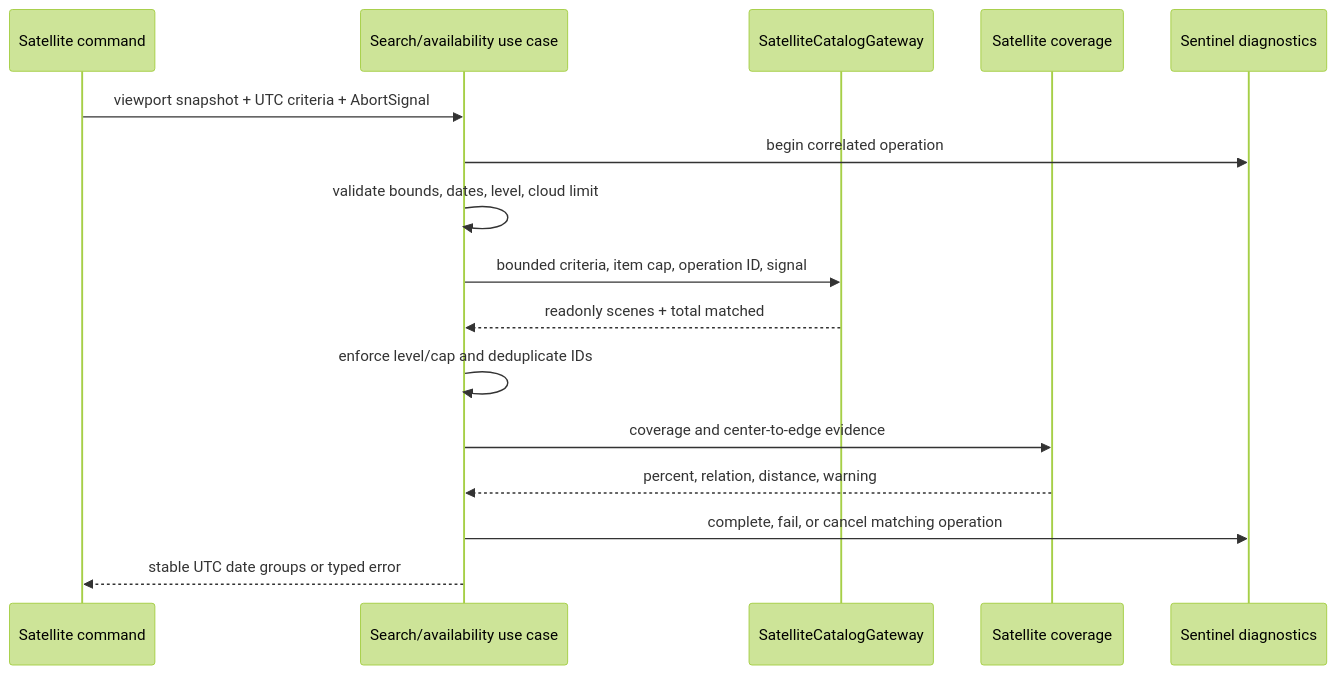
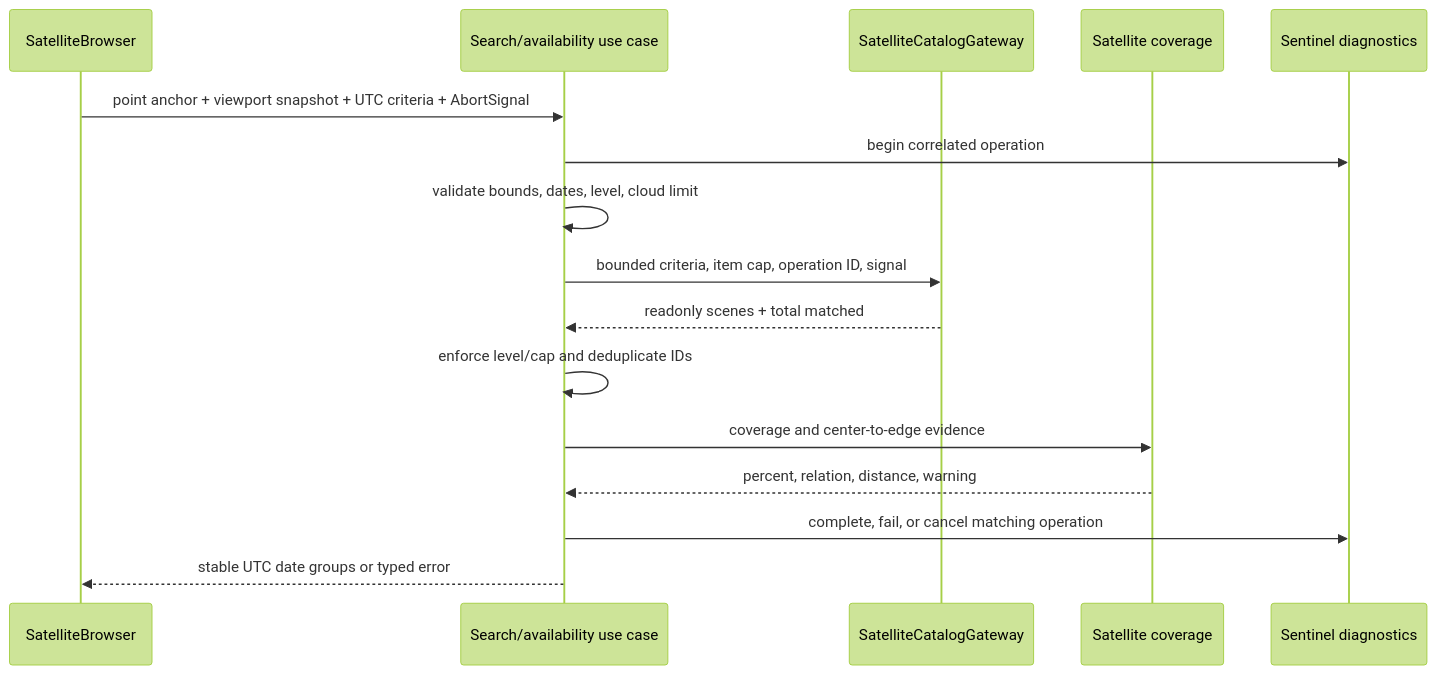
Before and after one commit to bogdandm/georgia-routing-planner: the fourth of 4 diagrams in docs/runtime-flows.md, drawn with Mermaid (forest theme). The commit also changed other lines of this file and 15 other files, not shown here.

Commit message:
feat(satellite): build point imagery browser UI

````diff
--- a/docs/runtime-flows.md
+++ b/docs/runtime-flows.md
@@ -134,19 +134,19 @@
 ```mermaid
 sequenceDiagram
-  participant Command as Satellite command
+  participant Command as SatelliteBrowser
   participant UseCase as Search/availability use case
   participant Gateway as SatelliteCatalogGateway
   participant Geometry as Satellite coverage
   participant Timeline as Sentinel diagnostics
 
-  Command->>UseCase: viewport snapshot + UTC criteria + AbortSignal
+  Command->>UseCase: point anchor + viewport snapshot + UTC criteria + AbortSignal
   UseCase->>Timeline: begin correlated operation
   UseCase->>UseCase: validate bounds, dates, level, cloud limit
   UseCase->>Gateway: bounded criteria, item cap, operation ID, signal
   Gateway-->>UseCase: readonly scenes + total matched
   UseCase->>UseCase: enforce level/cap and deduplicate IDs
   UseCase->>Geometry: coverage and center-to-edge evidence
   Geometry-->>UseCase: percent, relation, distance, warning
   UseCase->>Timeline: complete, fail, or cancel matching operation
   UseCase-->>Command: stable UTC date groups or typed error
 ```
````
